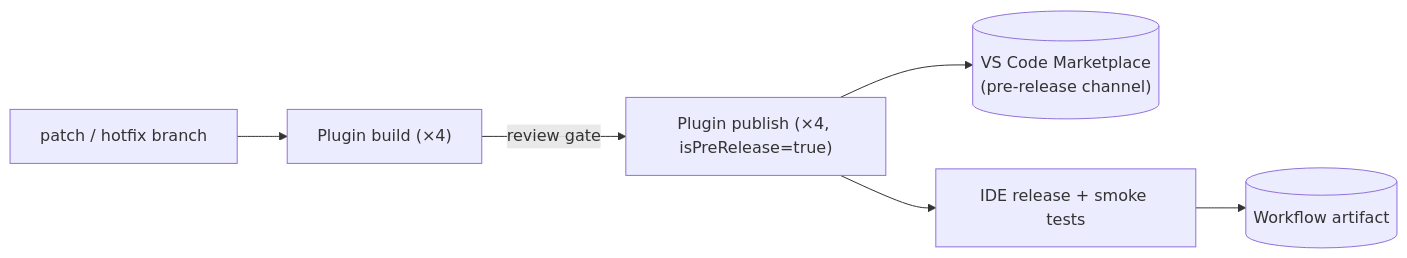
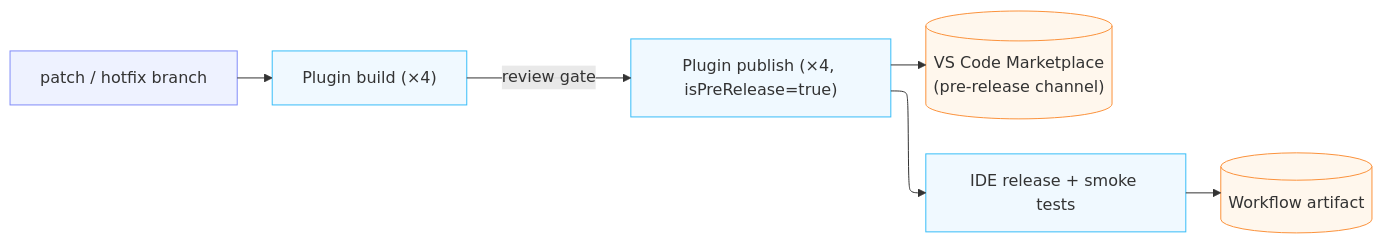
Before and after one commit to NipunaRanasinghe/wso2i-process-guides: the fourth of 5 diagrams in docs/cicd-pipelines.md, drawn with Mermaid. The commit also changed other lines of this file and 1 other file, not shown here.

Commit message:
Enhance CI/CD and component architecture documentation with improved Mermaid diagram clarity and structure

````diff
--- a/docs/cicd-pipelines.md
+++ b/docs/cicd-pipelines.md
@@ -64,8 +76,12 @@
 ```mermaid
+%%{init: {"layout": "elk"}}%%
 graph LR
-    M["patch / hotfix branch"] --> PB["Plugin build (×4)"]
-    PB -->|review gate| PP["Plugin publish (×4, isPreRelease=true)"]
-    PP --> MKP[("VS Code Marketplace<br>(pre-release channel)")]
-    PP --> AS["IDE release + smoke tests"]
-    AS --> IA[("Workflow artifact")]
+    M["patch / hotfix branch"]:::trigger --> PB["Plugin build (×4)"]:::stage
+    PB -->|review gate| PP["Plugin publish (×4, isPreRelease=true)"]:::stage
+    PP --> MKP[("VS Code Marketplace<br>(pre-release channel)")]:::artifact
+    PP --> AS["IDE release + smoke tests"]:::stage
+    AS --> IA[("Workflow artifact")]:::artifact
+    classDef trigger stroke:#818cf8,fill:#eef2ff
+    classDef stage stroke:#38bdf8,fill:#f0f9ff
+    classDef artifact stroke:#fb923c,fill:#fff7ed
 ```
````
